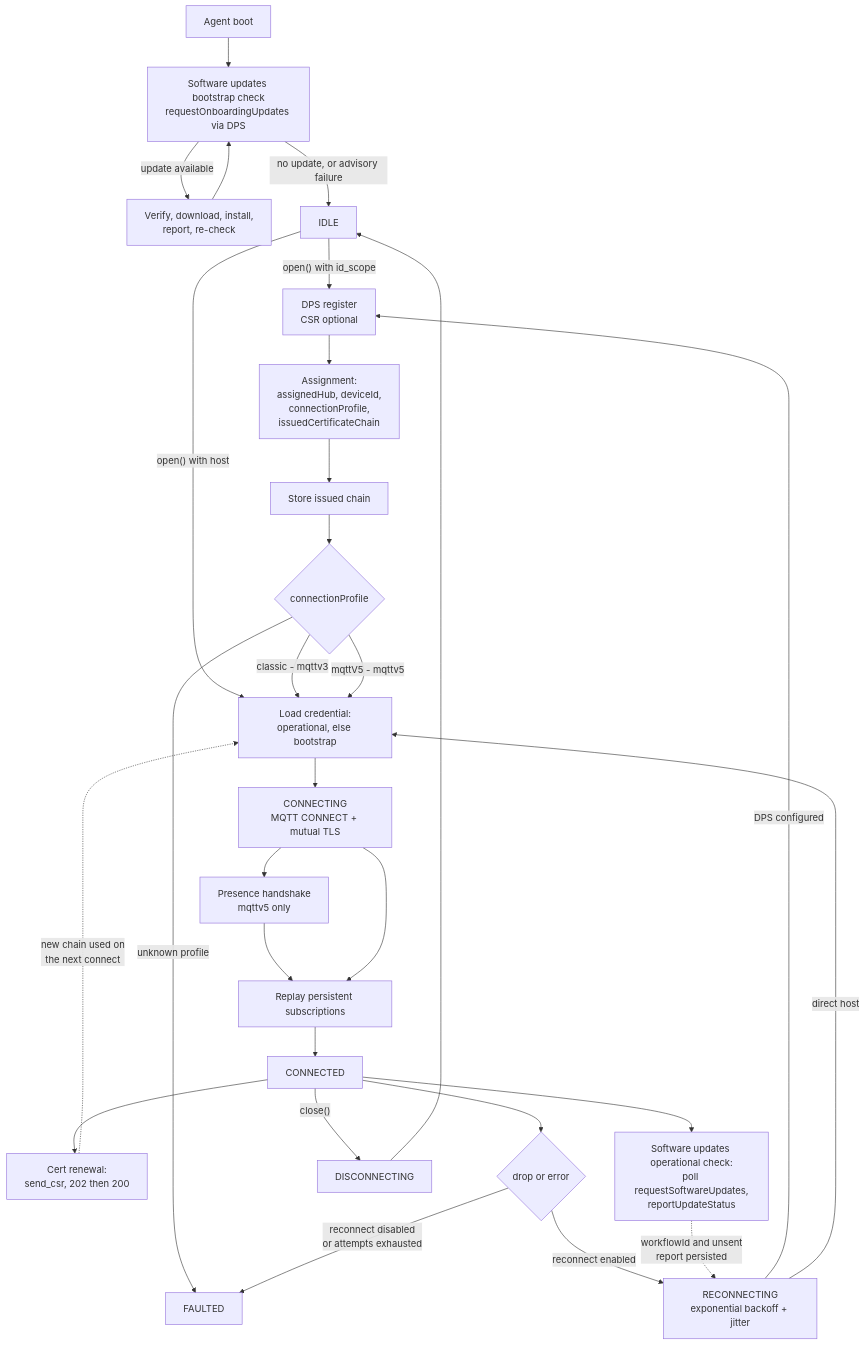
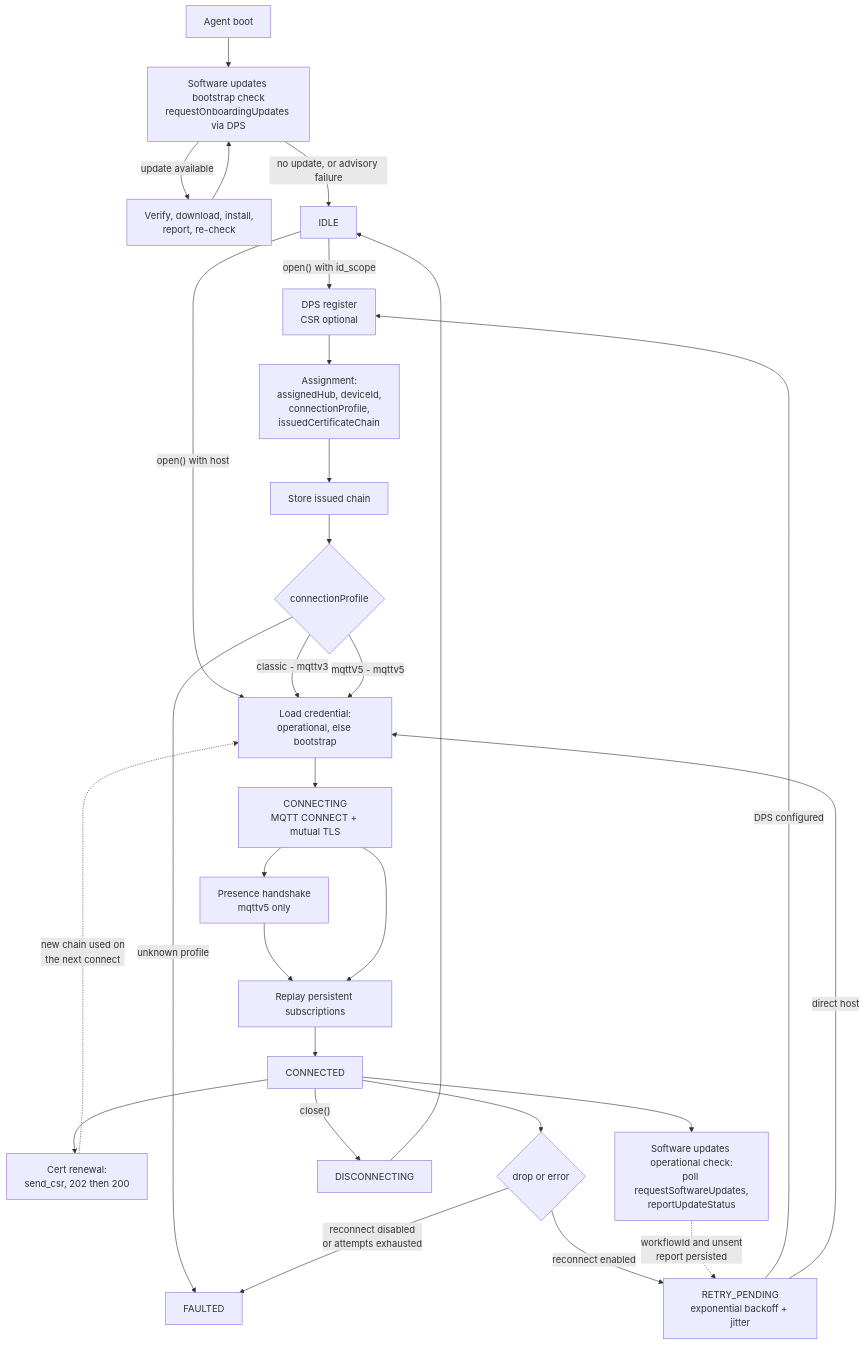
One commit to Azure/azure-iot-sdk changed the ninth of 9 diagrams in c/docs/eng/connection.md. Above: the diagram before and after it, drawn with Mermaid. The commit also changed other lines of this file and 14 other files, not shown here.

First line of the commit message:
c: rename AZ_IOT_CONN_STATE_RECONNECTING to AZ_IOT_CONN_STATE_RETRY_PENDING

````diff
--- a/c/docs/eng/connection.md
+++ b/c/docs/eng/connection.md
@@ -622,36 +622,36 @@
 ```mermaid
 flowchart TB
     BOOT["Agent boot"] --> BCHK["Software updates bootstrap check<br/>requestOnboardingUpdates via DPS"]
     BCHK -->|"update available"| BINST["Verify, download, install,<br/>report, re-check"]
     BINST --> BCHK
     BCHK -->|"no update, or advisory failure"| IDLE["IDLE"]
 
     IDLE -->|"open() with id_scope"| REG["DPS register<br/>CSR optional"]
     IDLE -->|"open() with host"| CRED
 
     REG --> ASSIGN["Assignment:<br/>assignedHub, deviceId,<br/>connectionProfile,<br/>issuedCertificateChain"]
     ASSIGN --> STORE1["Store issued chain"]
     STORE1 --> PROFILE{"connectionProfile"}
 
     PROFILE -->|"unknown profile"| FAULTED
     PROFILE -->|"classic - mqttv3"| CRED
     PROFILE -->|"mqttV5 - mqttv5"| CRED["Load credential:<br/>operational, else bootstrap"]
 
     CRED --> CONNECTING["CONNECTING<br/>MQTT CONNECT + mutual TLS"]
     CONNECTING --> BIRTH["Presence handshake<br/>mqttv5 only"]
     BIRTH --> SUBS["Replay persistent subscriptions"]
     CONNECTING --> SUBS
     SUBS --> CONNECTED["CONNECTED"]
 
     CONNECTED --> CRENEW["Cert renewal:<br/>send_csr, 202 then 200"]
     CRENEW -.->|"new chain used on<br/>the next connect"| CRED
     CONNECTED --> ARENEW["Software updates operational check:<br/>poll requestSoftwareUpdates,<br/>reportUpdateStatus"]
 
     CONNECTED -->|"close()"| DISC["DISCONNECTING"] --> IDLE
     CONNECTED --> DROP{"drop or error"}
     DROP -->|"reconnect disabled<br/>or attempts exhausted"| FAULTED["FAULTED"]
-    DROP -->|"reconnect enabled"| RECON["RECONNECTING<br/>exponential backoff + jitter"]
+    DROP -->|"reconnect enabled"| RECON["RETRY_PENDING<br/>exponential backoff + jitter"]
     RECON -->|"DPS configured"| REG
     RECON -->|"direct host"| CRED
     ARENEW -.->|"workflowId and unsent<br/>report persisted"| RECON
 ```
````
